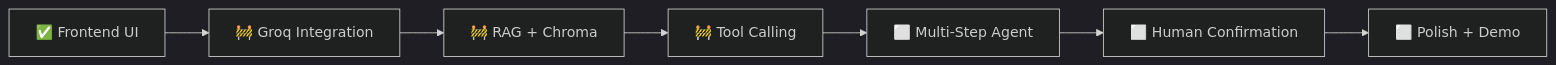
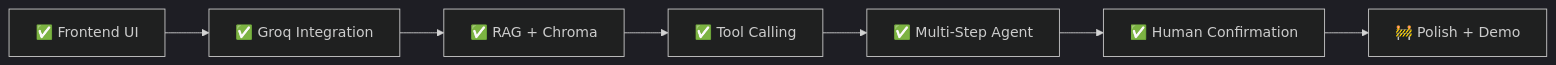
Before and after one commit to varunaditya27/campus-copilot: the seventh of 7 diagrams in README.md, drawn with Mermaid (dark theme). The commit also changed other lines of this file and 1 other file, not shown here.

First line of the commit message:
docs: write backend README and bring roadmap up to date

````diff
--- a/README.md
+++ b/README.md
@@ -502,9 +504,9 @@
 ```mermaid
 flowchart LR
-    A[✅ Frontend UI] --> B[🚧 Groq Integration]
-    B --> C[🚧 RAG + Chroma]
-    C --> D[🚧 Tool Calling]
-    D --> E[⬜ Multi-Step Agent]
-    E --> F[⬜ Human Confirmation]
-    F --> G[⬜ Polish + Demo]
+    A[✅ Frontend UI] --> B[✅ Groq Integration]
+    B --> C[✅ RAG + Chroma]
+    C --> D[✅ Tool Calling]
+    D --> E[✅ Multi-Step Agent]
+    E --> F[✅ Human Confirmation]
+    F --> G[🚧 Polish + Demo]
 ```
````
